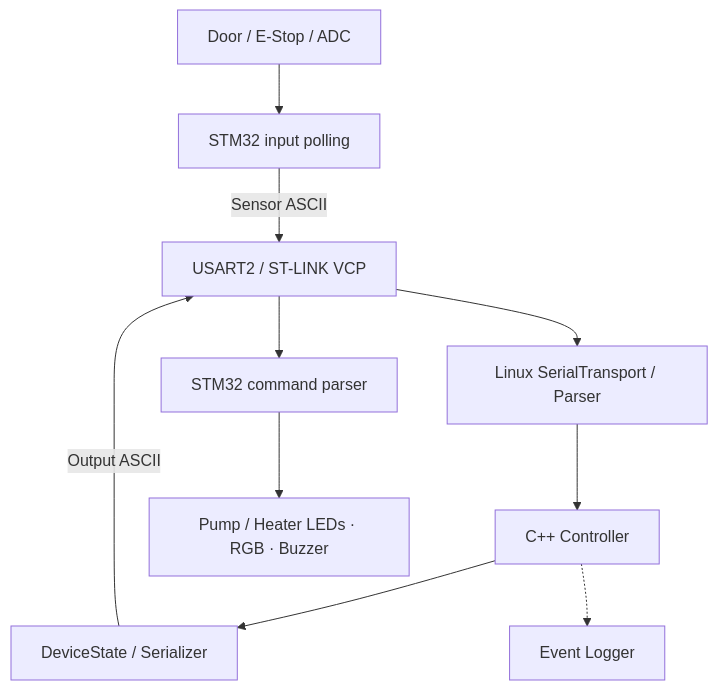
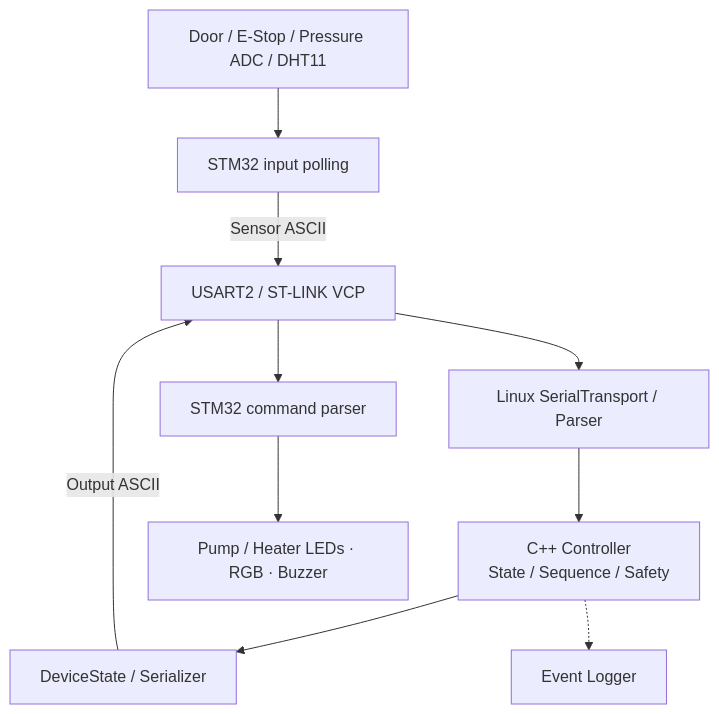
One commit to triton0305/cpp-equipment-controller changed the first of 2 diagrams in README.md. Above: the diagram before and after it, drawn with Mermaid. The commit also changed other lines of this file, not shown here.

````diff
--- a/README.md
+++ b/README.md
@@ -140,12 +149,12 @@
 ```mermaid
 flowchart TD
-    I["Door / E-Stop / ADC"] --> M["STM32 input polling"]
+    I["Door / E-Stop / Pressure ADC / DHT11"] --> M["STM32 input polling"]
     M -->|Sensor ASCII| U["USART2 / ST-LINK VCP"]
     U --> P["Linux SerialTransport / Parser"]
-    P --> C["C++ Controller"]
+    P --> C["C++ Controller<br/>State / Sequence / Safety"]
     C --> S["DeviceState / Serializer"]
     S -->|Output ASCII| U
     U --> R["STM32 command parser"]
     R --> O["Pump / Heater LEDs · RGB · Buzzer"]
     C -.-> L["Event Logger"]
 ```
````
